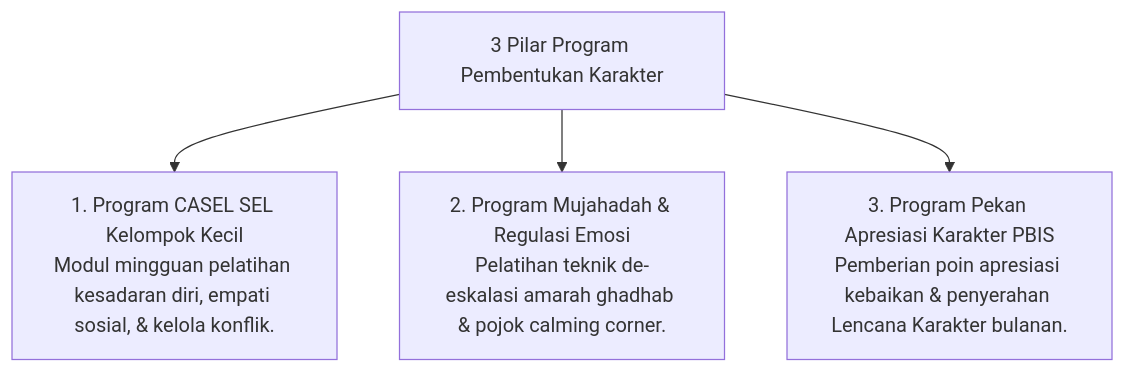
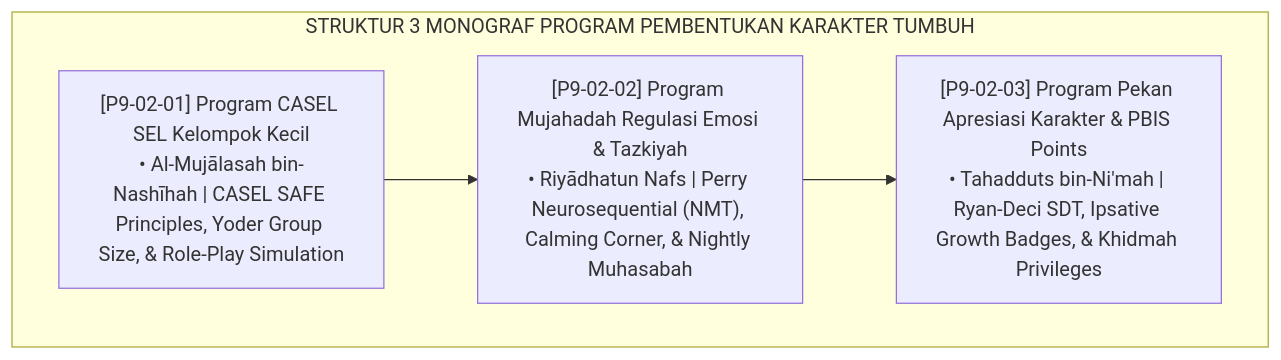
Before and after one commit to wandiapriliyandi/tumbuh: the diagram in 09 Programs/02 Character Programs/P9-02-Program-Pembentukan-Karakter.md, drawn with Mermaid. The commit also changed other lines of this file and 3 other files, not shown here.

Commit message:
docs(09-programs): complete all 4 research monographs for 02 Character Programs

````diff
--- a/09 Programs/02 Character Programs/P9-02-Program-Pembentukan-Karakter.md
+++ b/09 Programs/02 Character Programs/P9-02-Program-Pembentukan-Karakter.md
@@ -14,7 +21,9 @@
 ```mermaid
-graph TD
-    CharProgMap["3 Pilar Program Pembentukan Karakter"]
-    CharProgMap --> SELGroup["1. Program CASEL SEL Kelompok Kecil<br/>Modul mingguan pelatihan kesadaran diri, empati sosial, & kelola konflik."]
-    CharProgMap --> MujahadahReg["2. Program Mujahadah & Regulasi Emosi<br/>Pelatihan teknik de-eskalasi amarah ghadhab & pojok calming corner."]
-    CharProgMap --> PBISAward["3. Program Pekan Apresiasi Karakter PBIS<br/>Pemberian poin apresiasi kebaikan & penyerahan Lencana Karakter bulanan."]
+flowchart TD
+    subgraph CharacterProgramsFramework["STRUKTUR 3 MONOGRAF PROGRAM PEMBENTUKAN KARAKTER TUMBUH"]
+        M01["[P9-02-01] Program CASEL SEL Kelompok Kecil<br/>• Al-Mujālasah bin-Nashīhah | CASEL SAFE Principles, Yoder Group Size, & Role-Play Simulation"]
+        M02["[P9-02-02] Program Mujahadah Regulasi Emosi & Tazkiyah<br/>• Riyādhatun Nafs | Perry Neurosequential (NMT), Calming Corner, & Nightly Muhasabah"]
+        M03["[P9-02-03] Program Pekan Apresiasi Karakter & PBIS Points<br/>• Tahadduts bin-Ni'mah | Ryan-Deci SDT, Ipsative Growth Badges, & Khidmah Privileges"]
+        M01 --> M02 --> M03
+    end
 ```
````
